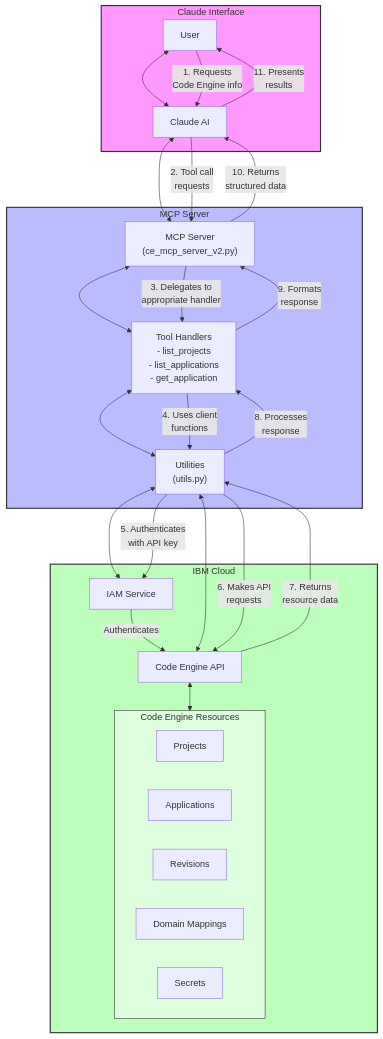
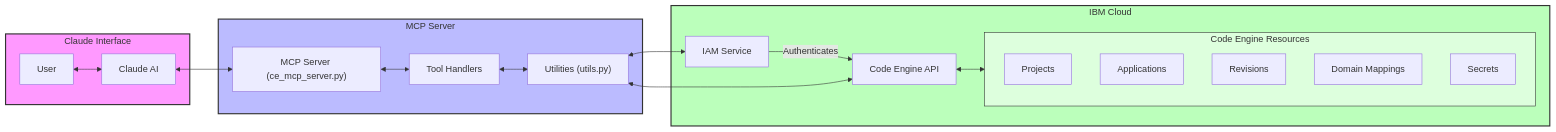
The diagram in mermaid_diagram.mermaid (greyhoundforty/code-engine-mcp), drawn with Mermaid before and after one commit. The commit also changed 2 other files, not shown here.

Commit message:
Adding in diagram

```diff
--- a/mermaid_diagram.mermaid
+++ b/mermaid_diagram.mermaid
@@ -1,57 +1,44 @@
-flowchart TB
+flowchart LR
     subgraph Claude["Claude Interface"]
-        user[User]
-        claude[Claude AI]
+        user["User"]
+        claude["Claude AI"]
     end
 
     subgraph MCP["MCP Server"]
-        server["MCP Server\n(ce_mcp_server_v2.py)"]
-        tools["Tool Handlers\n- list_projects\n- list_applications\n- get_application"]
-        utils["Utilities\n(utils.py)"]
+        server["MCP Server (ce_mcp_server.py)"]
+        tools["Tool Handlers"]
+        utils["Utilities (utils.py)"]
     end
 
     subgraph IBM["IBM Cloud"]
         iam["IAM Service"]
         ce["Code Engine API"]
         subgraph Resources["Code Engine Resources"]
             projects["Projects"]
             apps["Applications"]
             revisions["Revisions"]
             domains["Domain Mappings"]
             secrets["Secrets"]
         end
     end
 
     %% Connections
     user <--> claude
     claude <--> server
     server <--> tools
     tools <--> utils
     utils <--> iam
     iam -- "Authenticates" --> ce
     utils <--> ce
     ce <--> Resources
 
     %% Component Details
     classDef claudeClass fill:#f9f,stroke:#333,stroke-width:2px
     classDef mcpClass fill:#bbf,stroke:#333,stroke-width:2px
     classDef ibmClass fill:#bfb,stroke:#333,stroke-width:2px
     classDef resourceClass fill:#dfd,stroke:#333,stroke-width:1px
 
     class Claude claudeClass
     class MCP mcpClass
     class IBM ibmClass
     class Resources resourceClass
-
-    %% Data Flow Annotations
-    user -- "1. Requests\nCode Engine info" --> claude
-    claude -- "2. Tool call\nrequests" --> server
-    server -- "3. Delegates to\nappropriate handler" --> tools
-    tools -- "4. Uses client\nfunctions" --> utils
-    utils -- "5. Authenticates\nwith API key" --> iam
-    utils -- "6. Makes API\nrequests" --> ce
-    ce -- "7. Returns\nresource data" --> utils
-    utils -- "8. Processes\nresponse" --> tools
-    tools -- "9. Formats\nresponse" --> server
-    server -- "10. Returns\nstructured data" --> claude
-    claude -- "11. Presents\nresults" --> user
```
